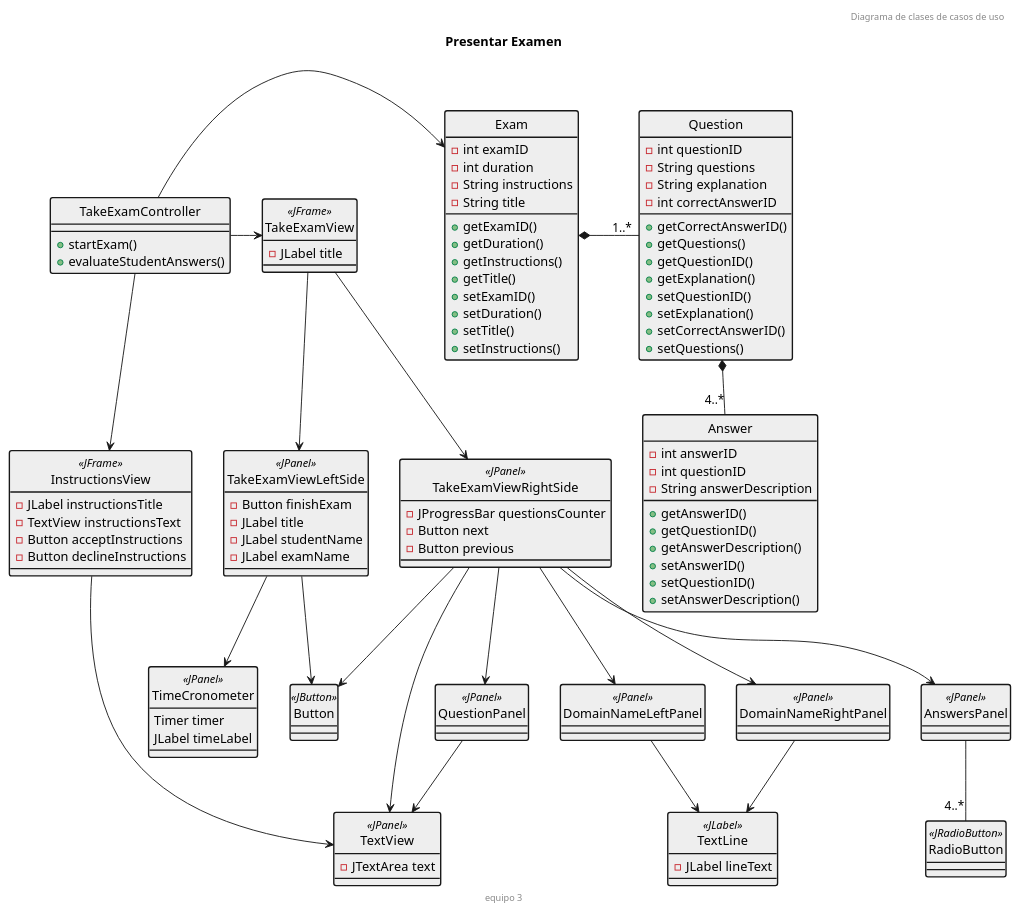
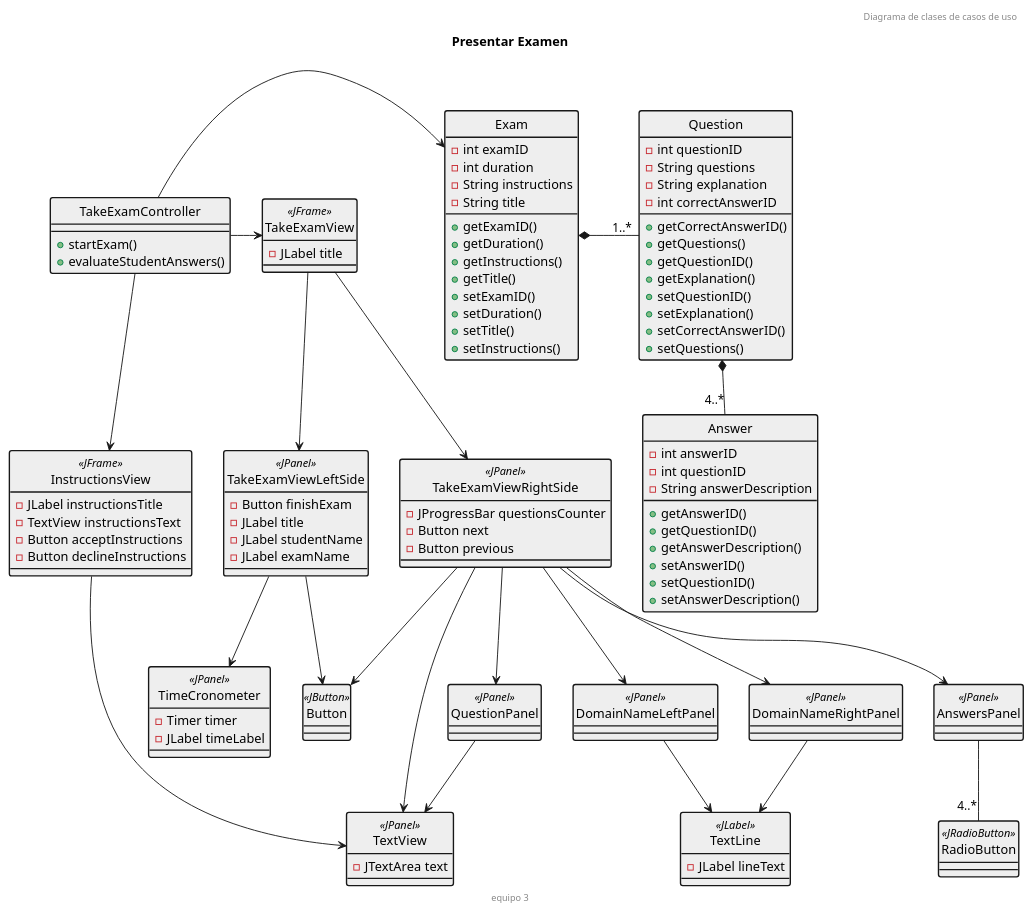
Before and after one commit to febres35/EdTech_IS: the diagram in diagramaClasesDeDiseño.plantuml, drawn with PlantUML.

Commit message:
cambios en los atributos de TimeCronometer

```diff
--- a/diagramaClasesDeDiseño.plantuml
+++ b/diagramaClasesDeDiseño.plantuml
@@ -1,137 +1,137 @@
 @startuml "Diagrama de clases"
 header Diagrama de clases de casos de uso
 title  Presentar Examen 
 footer equipo 3
 
 skinparam style strictuml
 skinparam ClassBackGroundColor EEEEEE
 skinparam ClassBorderThickness 1.5
 
 class InstructionsView <<JFrame>>{
     -JLabel instructionsTitle
     -TextView instructionsText
     -Button acceptInstructions
     -Button declineInstructions
 }
 
 class Button <<JButton>>{
 }
 
 class RadioButton <<JRadioButton>>{    
 }
 
 class TextView <<JPanel>>{
     -JTextArea text
 }
 
 class TextLine <<JLabel>>{
     -JLabel lineText
 }
 
 class TakeExamController{    
     +startExam()
     +evaluateStudentAnswers()
 }
 
 class TakeExamView <<JFrame>>{ 
     -JLabel title   
 }
 
 class TakeExamViewLeftSide <<JPanel>>{
     -Button finishExam
     -JLabel title
     -JLabel studentName
     -JLabel examName
 
 }
 
 class TimeCronometer <<JPanel>>{
-    Timer timer
-    JLabel timeLabel
+    -Timer timer
+    -JLabel timeLabel
 }
 
 class TakeExamViewRightSide <<JPanel>>{
     -JProgressBar questionsCounter
     -Button next
     -Button previous
 }
 
 class DomainNameLeftPanel<<JPanel>>{
 }
 
 class DomainNameRightPanel<<JPanel>>{
 }
 
 class QuestionPanel <<JPanel>>{
     
 }
 
 class AnswersPanel <<JPanel>>{
 
 }
 
 class Exam{
     -int examID
     -int duration
     -String instructions
     -String title
     +getExamID()
     +getDuration()
     +getInstructions()
     +getTitle()
     +setExamID()
     +setDuration()
     +setTitle()
     +setInstructions()
-
 }
 
 class Question{
     -int questionID
     -String questions
     -String explanation
     -int correctAnswerID
     +getCorrectAnswerID()
     +getQuestions()
     +getQuestionID()
     +getExplanation()
     +setQuestionID()
     +setExplanation()
     +setCorrectAnswerID()
     +setQuestions()
 }
+
 class Answer{
     -int answerID
     -int questionID
     -String answerDescription
     +getAnswerID()
     +getQuestionID()
     +getAnswerDescription()
     +setAnswerID()
     +setQuestionID()
     +setAnswerDescription() 
 }
 
 TakeExamController->Exam
 TakeExamController-down->InstructionsView
 InstructionsView-->TextView
 TakeExamController->TakeExamView
 TakeExamView-->TakeExamViewLeftSide
 TakeExamView-->TakeExamViewRightSide
 TakeExamViewRightSide-->TextView
 TakeExamViewRightSide-->QuestionPanel
 TakeExamViewRightSide-->AnswersPanel
 TakeExamViewRightSide-->DomainNameLeftPanel
 TakeExamViewRightSide-->DomainNameRightPanel
 TakeExamViewRightSide-->Button
 TakeExamViewLeftSide-->Button
 TakeExamViewLeftSide-->TimeCronometer
 DomainNameLeftPanel-->TextLine
 DomainNameRightPanel-->TextLine
 QuestionPanel-->TextView
 AnswersPanel--"4..*"RadioButton
 Exam *- "1..*" Question
 Question *-down- "4..*" Answer
 
 
 @enduml
```
